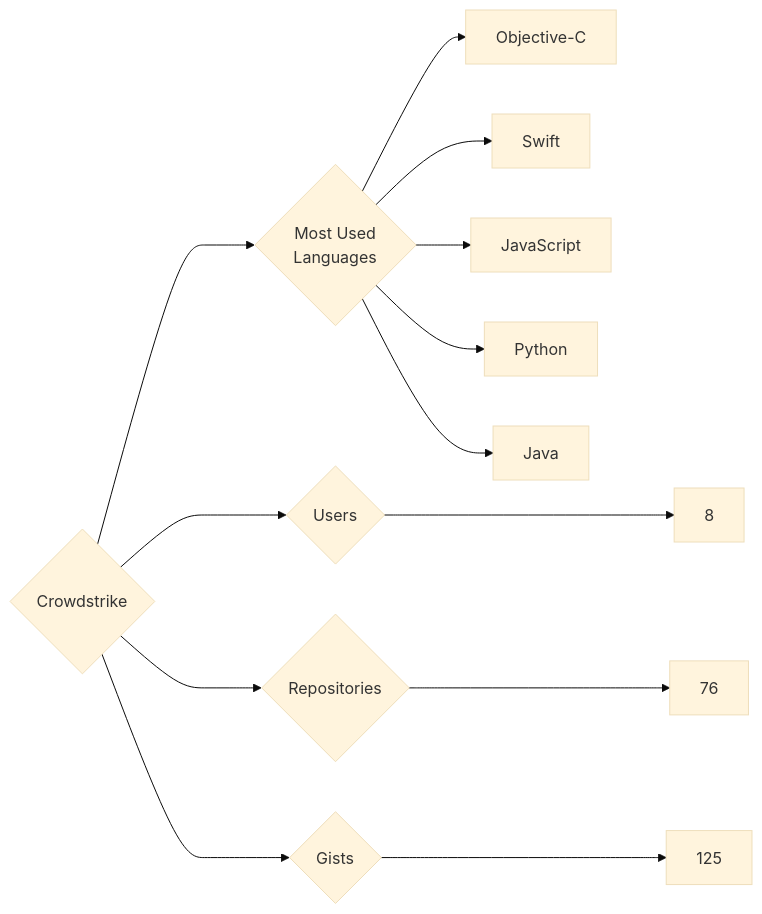
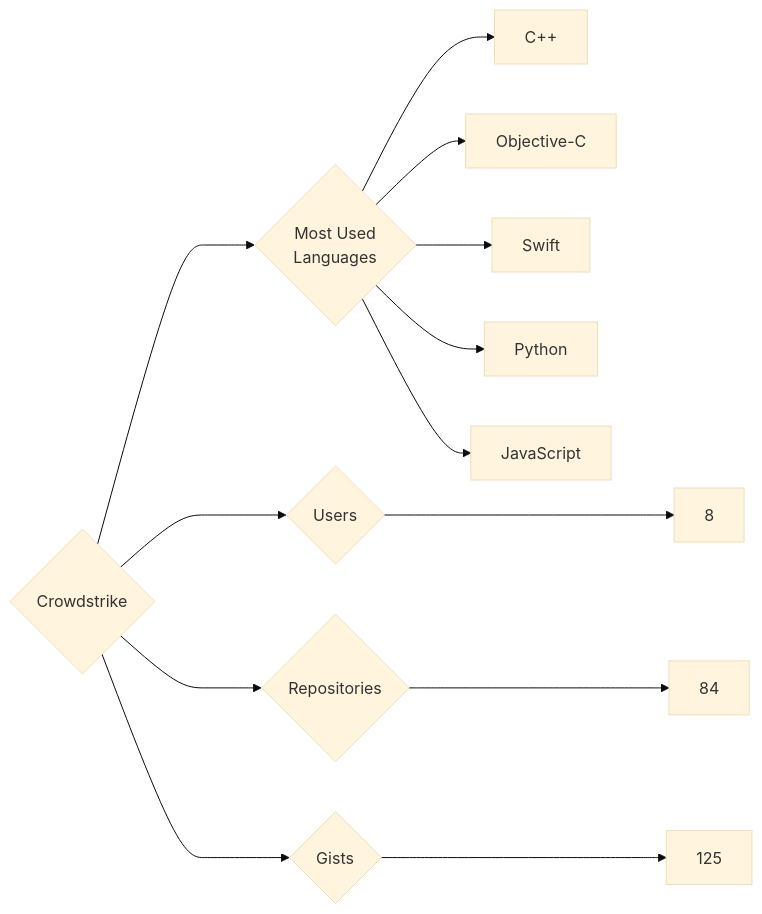
One commit to trickest/insiders changed the diagram in targets/Crowdstrike/README.md. Above: the diagram before and after it, drawn with Mermaid (base theme). The commit also changed 1036 other files, not shown here.

````diff
--- a/targets/Crowdstrike/README.md
+++ b/targets/Crowdstrike/README.md
@@ -3,13 +3,13 @@
 ```mermaid
 graph LR
 COMPANY_NAME{Crowdstrike}
 COMPANY_NAME ---> U{Users} ---> UN[8]
-COMPANY_NAME ---> R{Repositories} ---> RN[76]
+COMPANY_NAME ---> R{Repositories} ---> RN[84]
 COMPANY_NAME ---> G{Gists} ---> GN[125]
 COMPANY_NAME ---> ML{Most Used<br>Languages}
+ML --> C++[C++]
 ML --> Objective-C[Objective-C]
 ML --> Swift[Swift]
+ML --> Python[Python]
 ML --> JavaScript[JavaScript]
-ML --> Python[Python]
-ML --> Java[Java]
 ```
````
